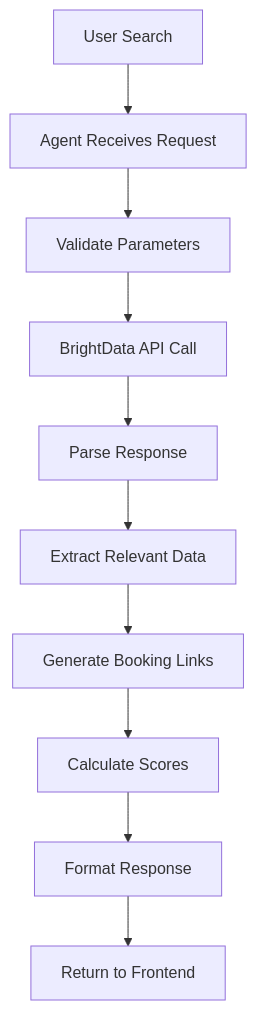
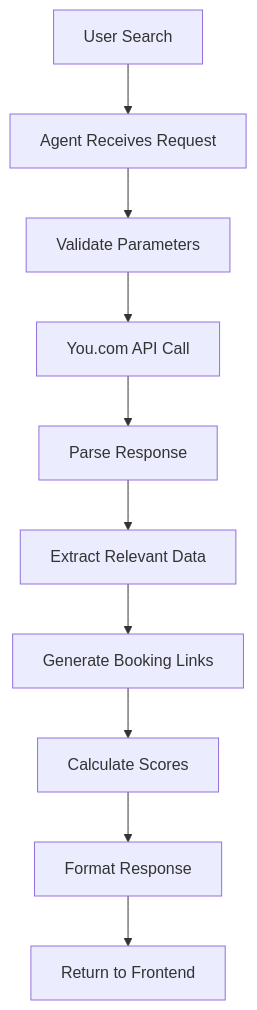
One commit to sakomws/prehacks changed the third of 3 diagrams in apps/travel/beacon/docs/architecture.md. Above: the diagram before and after it, drawn with Mermaid. The commit also changed other lines of this file and 191 other files, not shown here.

````diff
--- a/apps/travel/beacon/docs/architecture.md
+++ b/apps/travel/beacon/docs/architecture.md
@@ -192,12 +192,12 @@
 ```mermaid
 flowchart TD
     A[User Search] --> B[Agent Receives Request]
     B --> C[Validate Parameters]
-    C --> D[BrightData API Call]
+    C --> D[You.com API Call]
     D --> E[Parse Response]
     E --> F[Extract Relevant Data]
     F --> G[Generate Booking Links]
     G --> H[Calculate Scores]
     H --> I[Format Response]
     I --> J[Return to Frontend]
 ```
````
